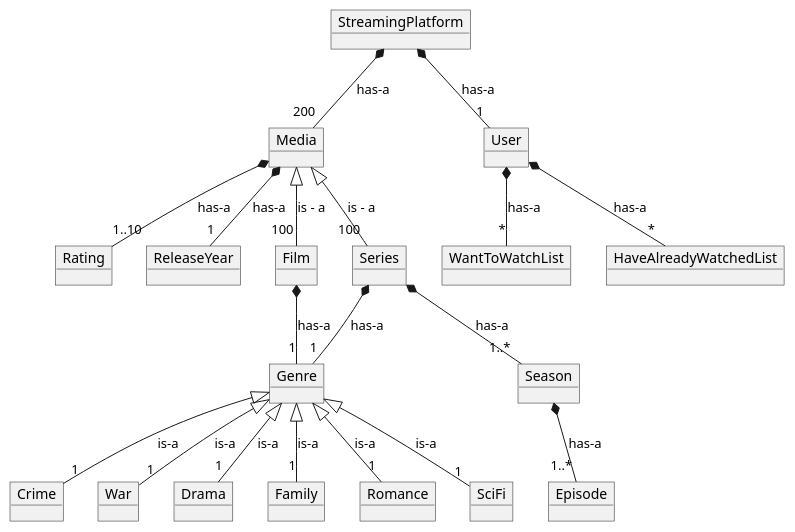
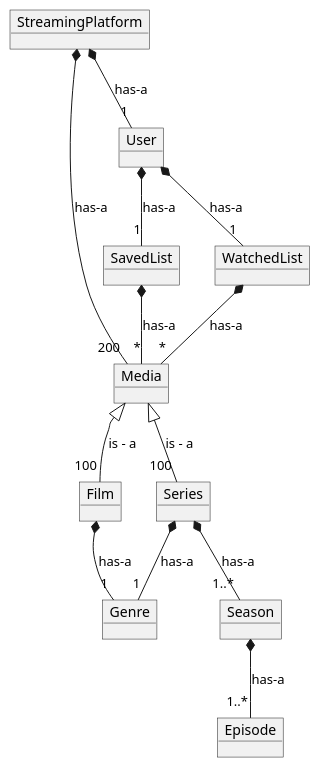
The diagram in doc/static/domainModelV1.puml (JonasChristoffersen/SP3), drawn with PlantUML before and after one commit. The commit also changed 2 other files, not shown here.

Commit message:
Updated diagrams

```diff
--- a/doc/static/domainModelV1.puml
+++ b/doc/static/domainModelV1.puml
@@ -1,120 +1,56 @@
 @startuml
 'Makes image a bit smaller:
 /'!pragma layout smetana'/
 
 'All entities
 object StreamingPlatform
 
 
 object Media
 
-object Rating
-object ReleaseYear
 
 object Film
 
 object Series
 object Season
 object Episode
 
 object Genre
-object Crime
+
+/'object Crime
 object War
 object Drama
 object Family
 object Romance
-object SciFi
+object SciFi'/
 
 object User
-object WantToWatchList
-object HaveAlreadyWatchedList
+object SavedList
+object WatchedList
 
 StreamingPlatform *-- "200" Media : has-a
 StreamingPlatform *-- "1" User : has-a
 
-User *-- "*" WantToWatchList : has-a
-User *-- "*" HaveAlreadyWatchedList : has-a
+User *-- "1" SavedList : has-a
+User *-- "1" WatchedList : has-a
+
+SavedList *-- "*" Media : has-a
+WatchedList *-- "*" Media : has-a
 
 Media <|-- "100" Film : is - a
-Media *-- "1..10" Rating : has-a
-Media *-- "1" ReleaseYear : has-a
 
 Media <|-- "100" Series : is - a
 Series *-- "1..*" Season : has-a
 Season *-- "1..*" Episode : has-a
 
 Film *-- "1" Genre : has-a
 Series *-- "1" Genre : has-a
 
-Genre <|-- "1" Crime : is-a
+/'Genre <|-- "1" Crime : is-a
 Genre <|-- "1" War : is-a
 Genre <|-- "1" Drama : is-a
 Genre <|-- "1" Family : is-a
 Genre <|-- "1" Romance : is-a
-Genre <|-- "1" SciFi : is-a
-
-
-
-
-
-
-
-
-
-
-
-
-
-/'DomainModel from monopoly project:
-object Game
-object Player
-object Dice
-object CardDeck
-object Card
-object Board
-object Field
-object Property
-object Prison
-object Visit
-object Tax
-object Parking
-object Start
-object Chance
-object ShippingLine
-object Brewery
-object Building
-object Deed
-object Bank
-object Business
-object Plot
-
-Game *-- Board
-Game *-- "2..6" Player
-
-Game *-- Dice
-Board *-- "40" Field : has-a
-
-Plot *-- Building: has-a
-Property "1" *-- "1" Deed: has-a
-Player *-- "0..29" Deed
-Business <|-- "4" ShippingLine
-Business <|--  "2" Brewery : is - a
-
-Field <|--  "29" Property : is - a
-Field <|-- Start : is - a
-Field <|-- Chance
-Field <|-- Parking
-Field <|-- Tax
-Field <|-- Prison
-Field <|-- Visit
-
-
-CardDeck --* Chance
-Property <|-- Business
-Property <|-- "23" Plot: is - a
-
-Player *-- "0..10" Card
-CardDeck "1" *-- "100"  Card
-Game *-- Bank'/
+Genre <|-- "1" SciFi : is-a'/
 
 @enduml
```
